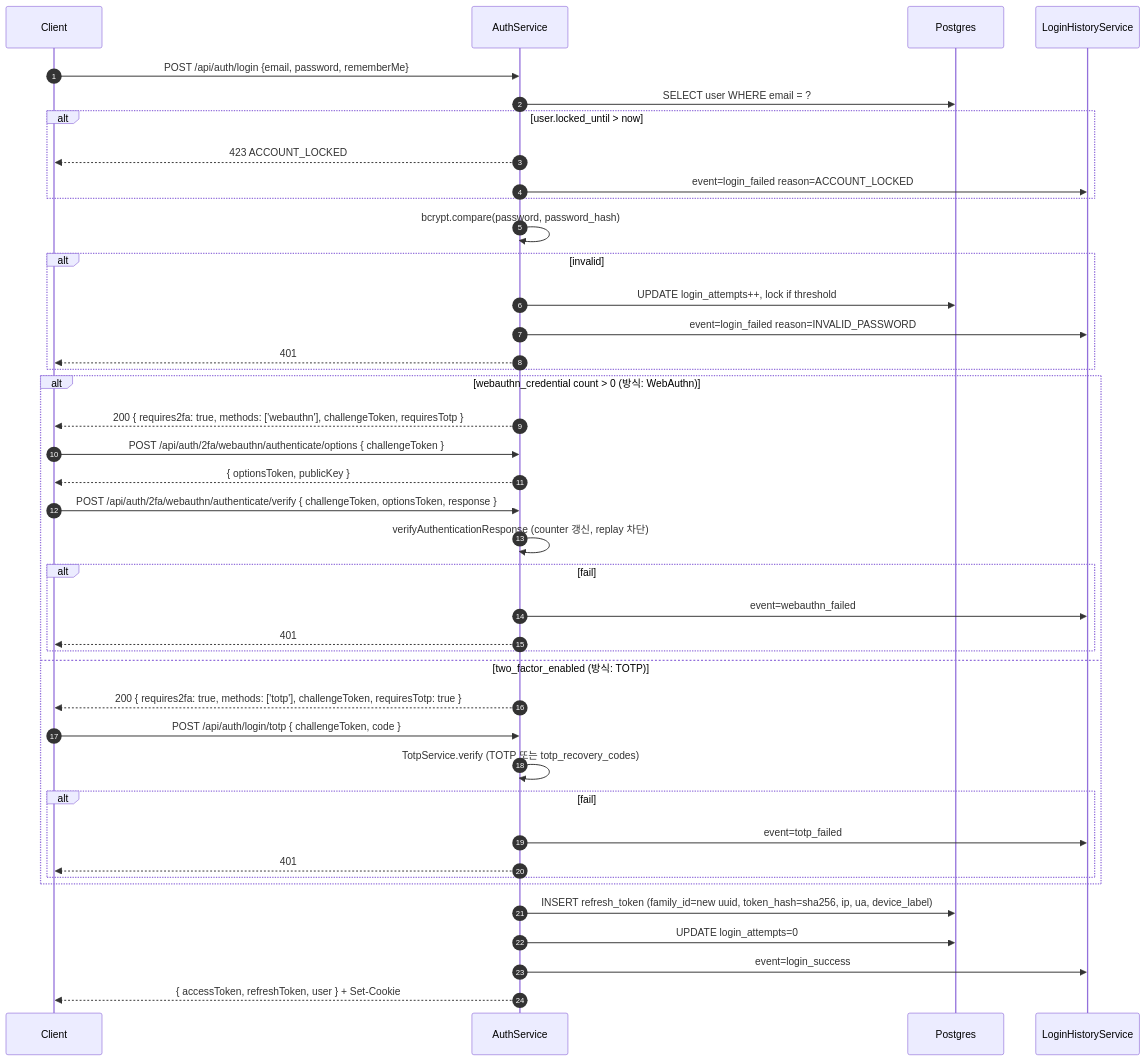
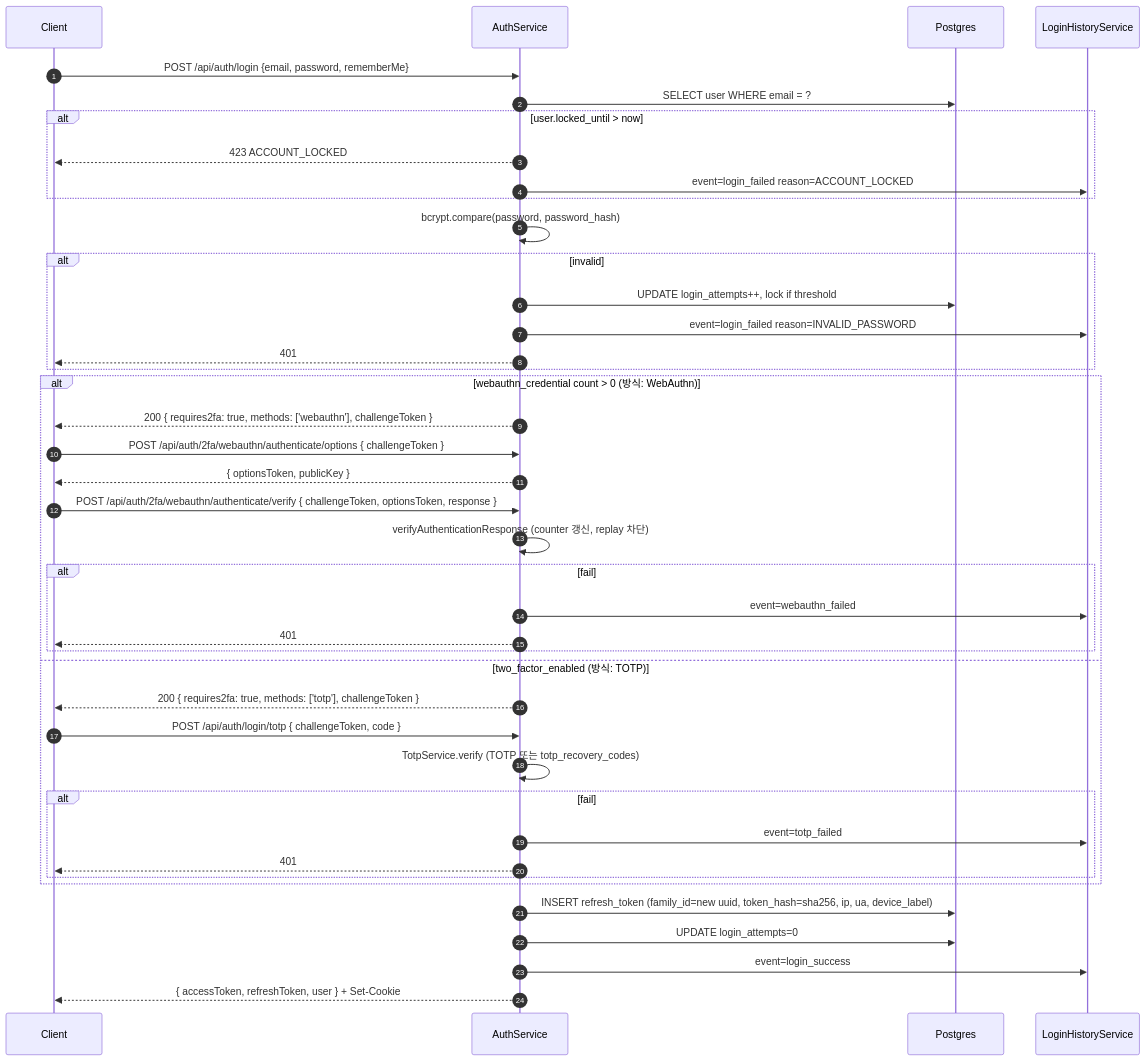
The second of 6 diagrams in spec/data-flow/2-auth.md (worker-ants/clemvion), drawn with Mermaid before and after one commit. The commit also changed other lines of this file and 8 other files, not shown here.

First line of the commit message:
refactor(auth): deprecated `requiresTotp` 필드 제거 (LoginChallenge 응답) (#226)

````diff
--- a/spec/data-flow/2-auth.md
+++ b/spec/data-flow/2-auth.md
@@ -54,44 +54,44 @@
 ```mermaid
 sequenceDiagram
   autonumber
   participant C as Client
   participant Svc as AuthService
   participant PG as Postgres
   participant Hist as LoginHistoryService
 
   C->>Svc: POST /api/auth/login {email, password, rememberMe}
   Svc->>PG: SELECT user WHERE email = ?
   alt user.locked_until > now
     Svc-->>C: 423 ACCOUNT_LOCKED
     Svc->>Hist: event=login_failed reason=ACCOUNT_LOCKED
   end
   Svc->>Svc: bcrypt.compare(password, password_hash)
   alt invalid
     Svc->>PG: UPDATE login_attempts++, lock if threshold
     Svc->>Hist: event=login_failed reason=INVALID_PASSWORD
     Svc-->>C: 401
   end
   alt webauthn_credential count > 0 (방식: WebAuthn)
-    Svc-->>C: 200 { requires2fa: true, methods: ['webauthn'], challengeToken, requiresTotp }
+    Svc-->>C: 200 { requires2fa: true, methods: ['webauthn'], challengeToken }
     C->>Svc: POST /api/auth/2fa/webauthn/authenticate/options { challengeToken }
     Svc-->>C: { optionsToken, publicKey }
     C->>Svc: POST /api/auth/2fa/webauthn/authenticate/verify { challengeToken, optionsToken, response }
     Svc->>Svc: verifyAuthenticationResponse (counter 갱신, replay 차단)
     alt fail
       Svc->>Hist: event=webauthn_failed
       Svc-->>C: 401
     end
   else two_factor_enabled (방식: TOTP)
-    Svc-->>C: 200 { requires2fa: true, methods: ['totp'], challengeToken, requiresTotp: true }
+    Svc-->>C: 200 { requires2fa: true, methods: ['totp'], challengeToken }
     C->>Svc: POST /api/auth/login/totp { challengeToken, code }
     Svc->>Svc: TotpService.verify (TOTP 또는 totp_recovery_codes)
     alt fail
       Svc->>Hist: event=totp_failed
       Svc-->>C: 401
     end
   end
   Svc->>PG: INSERT refresh_token (family_id=new uuid, token_hash=sha256, ip, ua, device_label)
   Svc->>PG: UPDATE login_attempts=0
   Svc->>Hist: event=login_success
   Svc-->>C: { accessToken, refreshToken, user } + Set-Cookie
 ```
````
